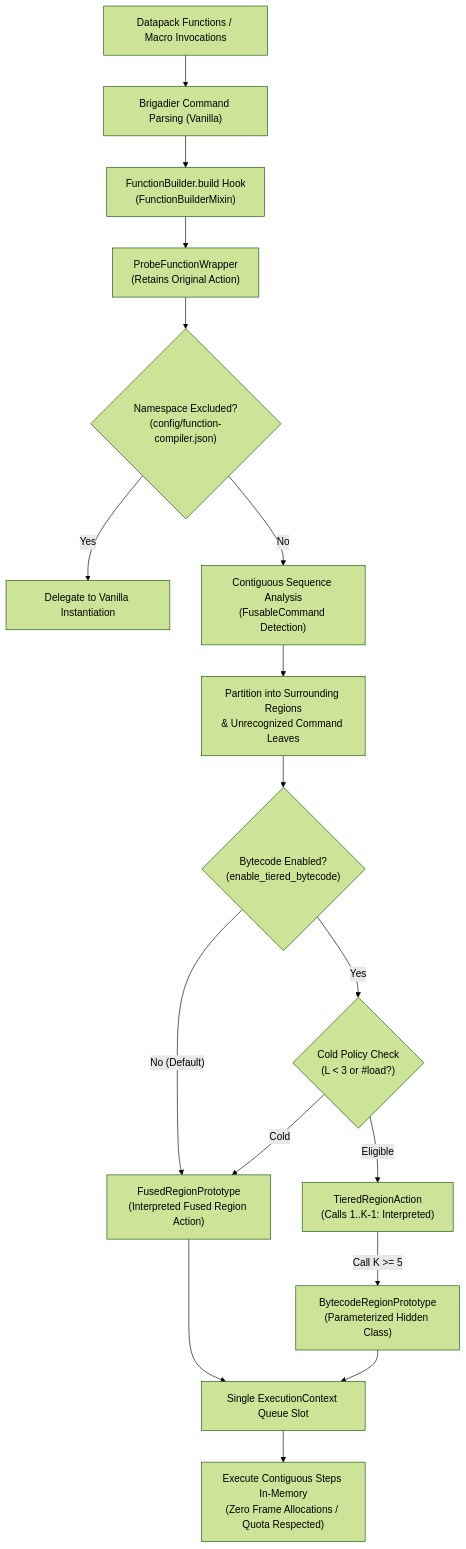
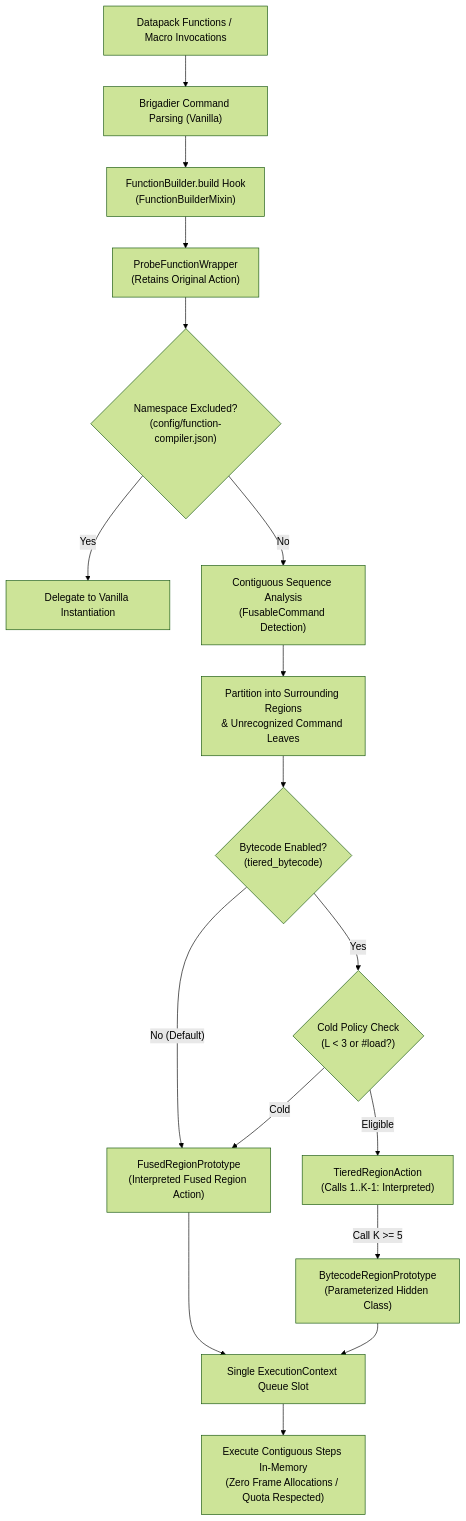
Before and after one commit to qwasdf-1/mcfunction-compiler: the diagram in docs/reference/architecture.md, drawn with Mermaid (forest theme). The commit also changed 10 other files, not shown here.

````diff
--- a/docs/reference/architecture.md
+++ b/docs/reference/architecture.md
@@ -24,19 +24,19 @@
 ```mermaid
 flowchart TD
     Datapack["Datapack Functions / Macro Invocations"] --> Parse["Brigadier Command Parsing (Vanilla)"]
     Parse --> Hook["FunctionBuilder.build Hook<br>(FunctionBuilderMixin)"]
     Hook --> Wrap["ProbeFunctionWrapper<br>(Retains Original Action)"]
     Wrap --> ExcludeCheck{"Namespace Excluded?<br>(config/function-compiler.json)"}
     ExcludeCheck -- "Yes" --> VanillaExec["Delegate to Vanilla Instantiation"]
     ExcludeCheck -- "No" --> Analyze["Contiguous Sequence Analysis<br>(FusableCommand Detection)"]
     Analyze --> Partition["Partition into Surrounding Regions<br>&amp; Unrecognized Command Leaves"]
-    Partition --> EngineCheck{"Bytecode Enabled?<br>(enable_tiered_bytecode)"}
+    Partition --> EngineCheck{"Bytecode Enabled?<br>(tiered_bytecode)"}
     EngineCheck -- "No (Default)" --> FuseInterp["FusedRegionPrototype<br>(Interpreted Fused Region Action)"]
     EngineCheck -- "Yes" --> ColdPolicy{"Cold Policy Check<br>(L < 3 or #load?)"}
     ColdPolicy -- "Cold" --> FuseInterp
     ColdPolicy -- "Eligible" --> TieredJIT["TieredRegionAction<br>(Calls 1..K-1: Interpreted)"]
     TieredJIT -- "Call K >= 5" --> BytecodeBackend["BytecodeRegionPrototype<br>(Parameterized Hidden Class)"]
     FuseInterp --> Schedule["Single ExecutionContext Queue Slot"]
     BytecodeBackend --> Schedule
     Schedule --> Exec["Execute Contiguous Steps In-Memory<br>(Zero Frame Allocations / Quota Respected)"]
 ```
````
